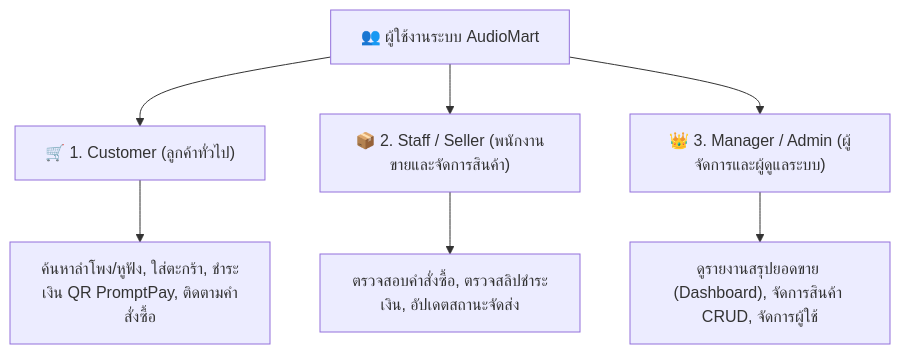
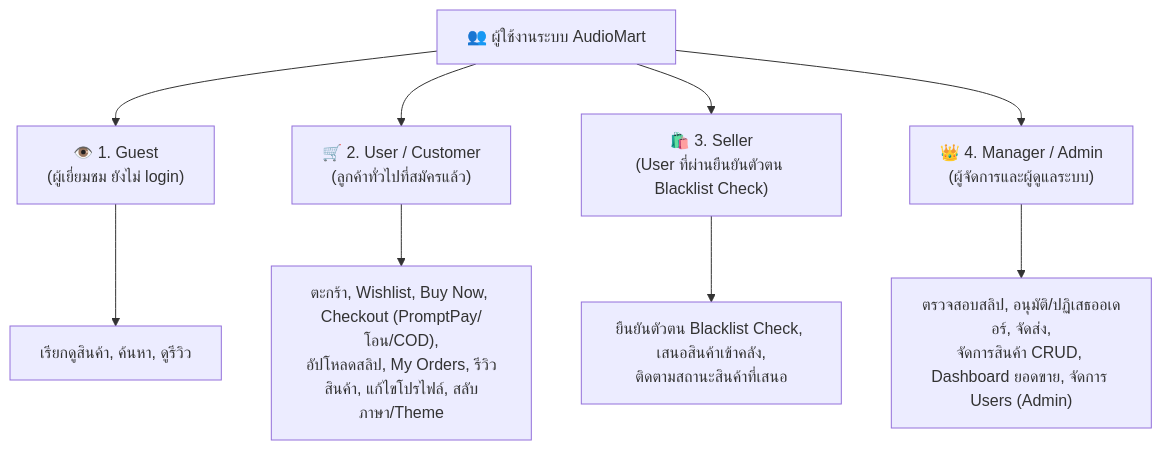
One commit to sShinjikubs/Workshop-1 changed the first of 3 diagrams in UAT_Test_Cases.md. Above: the diagram before and after it, drawn with Mermaid. The commit also changed other lines of this file and 688 other files, not shown here.

Commit message:
feat: add product images with AI bg-removal, update login/register hero collage, fix header brand colors to luxury theme, replace logo with AUDIOMART wordmark, remove products without real images

````diff
--- a/UAT_Test_Cases.md
+++ b/UAT_Test_Cases.md
@@ -15,11 +15,13 @@
 ```mermaid
 graph TD
     User["👥 ผู้ใช้งานระบบ AudioMart"]
-    User --> Customer["🛒 1. Customer (ลูกค้าทั่วไป)"]
-    User --> Staff["📦 2. Staff / Seller (พนักงานขายและจัดการสินค้า)"]
-    User --> Manager["👑 3. Manager / Admin (ผู้จัดการและผู้ดูแลระบบ)"]
+    User --> Guest["👁️ 1. Guest\n(ผู้เยี่ยมชม ยังไม่ login)"]
+    User --> Customer["🛒 2. User / Customer\n(ลูกค้าทั่วไปที่สมัครแล้ว)"]
+    User --> Seller["🛍️ 3. Seller\n(User ที่ผ่านยืนยันตัวตน Blacklist Check)"]
+    User --> ManagerAdmin["👑 4. Manager / Admin\n(ผู้จัดการและผู้ดูแลระบบ)"]
 
-    Customer --> C_Goal["ค้นหาลำโพง/หูฟัง, ใส่ตะกร้า, ชำระเงิน QR PromptPay, ติดตามคำสั่งซื้อ"]
-    Staff --> S_Goal["ตรวจสอบคำสั่งซื้อ, ตรวจสลิปชำระเงิน, อัปเดตสถานะจัดส่ง"]
-    Manager --> M_Goal["ดูรายงานสรุปยอดขาย (Dashboard), จัดการสินค้า CRUD, จัดการผู้ใช้"]
+    Guest --> G_Goal["เรียกดูสินค้า, ค้นหา, ดูรีวิว"]
+    Customer --> C_Goal["ตะกร้า, Wishlist, Buy Now, Checkout (PromptPay/โอน/COD),\nอัปโหลดสลิป, My Orders, รีวิวสินค้า, แก้ไขโปรไฟล์, สลับภาษา/Theme"]
+    Seller --> S_Goal["ยืนยันตัวตน Blacklist Check, เสนอสินค้าเข้าคลัง,\nติดตามสถานะสินค้าที่เสนอ"]
+    ManagerAdmin --> M_Goal["ตรวจสอบสลิป, อนุมัติ/ปฏิเสธออเดอร์, จัดส่ง,\nจัดการสินค้า CRUD, Dashboard ยอดขาย, จัดการ Users (Admin)"]
 ```
````
